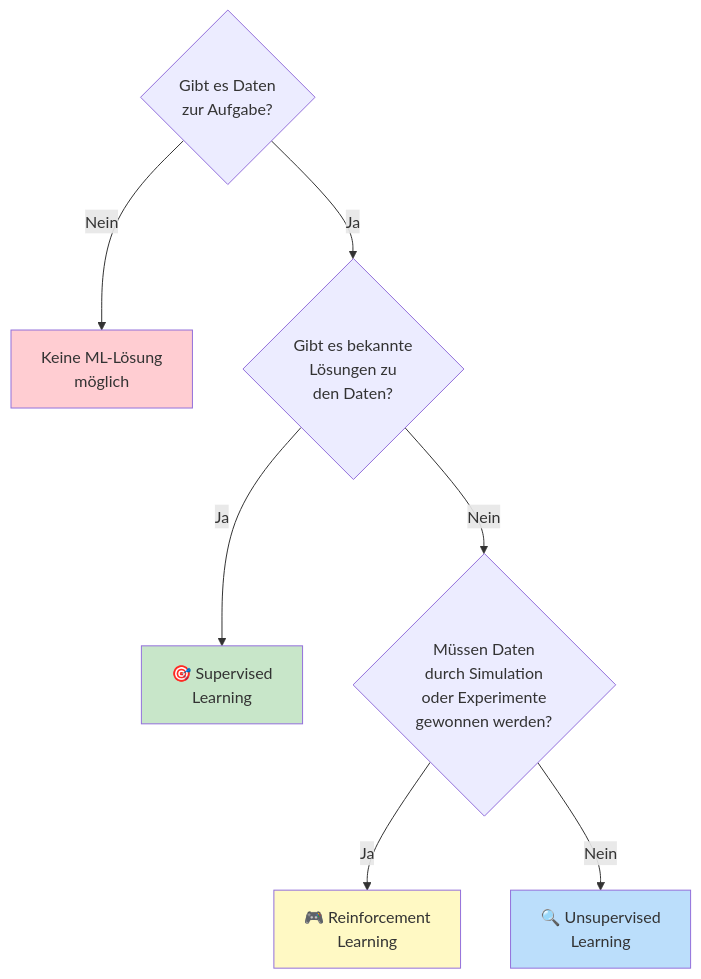
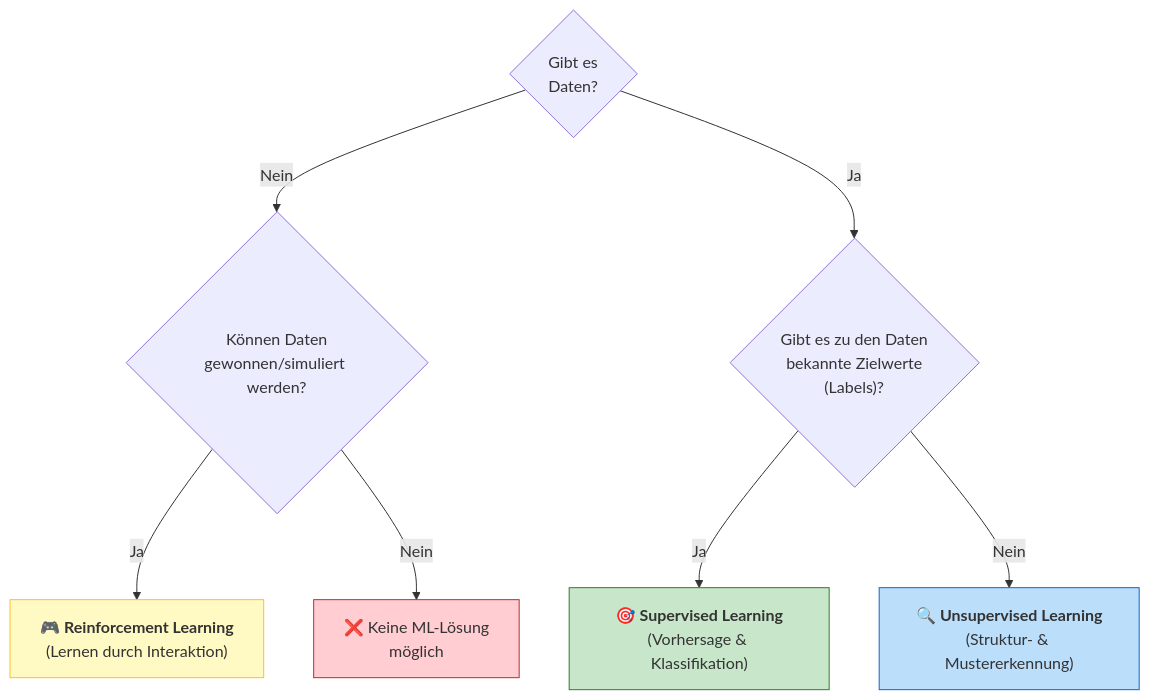
The fourth of 14 diagrams in docs/concepts/grundlagen/machine_learning_grundlagen.md (ralf-42/ML_Intro), drawn with Mermaid before and after one commit. The commit also changed 19 other files, not shown here.

````diff
--- a/docs/concepts/grundlagen/machine_learning_grundlagen.md
+++ b/docs/concepts/grundlagen/machine_learning_grundlagen.md
@@ -173,17 +167,22 @@
 ```mermaid
-flowchart TB
-    Q1{"Gibt es Daten<br/>zur Aufgabe?"}
-    Q1 --> |"Nein"| NO["Keine ML-Lösung<br/>möglich"]
-    Q1 --> |"Ja"| Q2{"Gibt es bekannte<br/>Lösungen zu<br/>den Daten?"}
+flowchart TD
+    %% Startpunkt
+    Q1{"Gibt es <br/>Daten?"}
+
+    %% Zweig: Keine Daten vorhanden
+    Q1 -- "Nein" --> Q_Env{"Können Daten<br/>gewonnen/simuliert werden?"}
+    Q_Env -- "Ja" --> RL["🎮 <b>Reinforcement Learning</b><br/>(Lernen durch Interaktion)"]
+    Q_Env -- "Nein" --> NO["❌ Keine ML-Lösung<br/>möglich"]
+
+    %% Zweig: Daten vorhanden
+    Q1 -- "Ja" --> Q2{"Gibt es zu den Daten<br/>bekannte Zielwerte<br/>(Labels)?"}
     
-    Q2 --> |"Ja"| SL["🎯 Supervised<br/>Learning"]
-    Q2 --> |"Nein"| Q3{"Müssen Daten<br/>durch Simulation<br/>oder Experimente<br/>gewonnen werden?"}
-    
-    Q3 --> |"Ja"| RL["🎮 Reinforcement<br/>Learning"]
-    Q3 --> |"Nein"| UL["🔍 Unsupervised<br/>Learning"]
-    
-    style SL fill:#c8e6c9
-    style UL fill:#bbdefb
-    style RL fill:#fff9c4
-    style NO fill:#ffcdd2
+    Q2 -- "Ja" --> SL["🎯 <b>Supervised Learning</b><br/>(Vorhersage & Klassifikation)"]
+    Q2 -- "Nein" --> UL["🔍 <b>Unsupervised Learning</b><br/>(Struktur- & Mustererkennung)"]
+
+    %% Styling
+    style SL fill:#c8e6c9,stroke:#2e7d32
+    style UL fill:#bbdefb,stroke:#1565c0
+    style RL fill:#fff9c4,stroke:#fbc02d
+    style NO fill:#ffcdd2,stroke:#c62828
 ```
````
